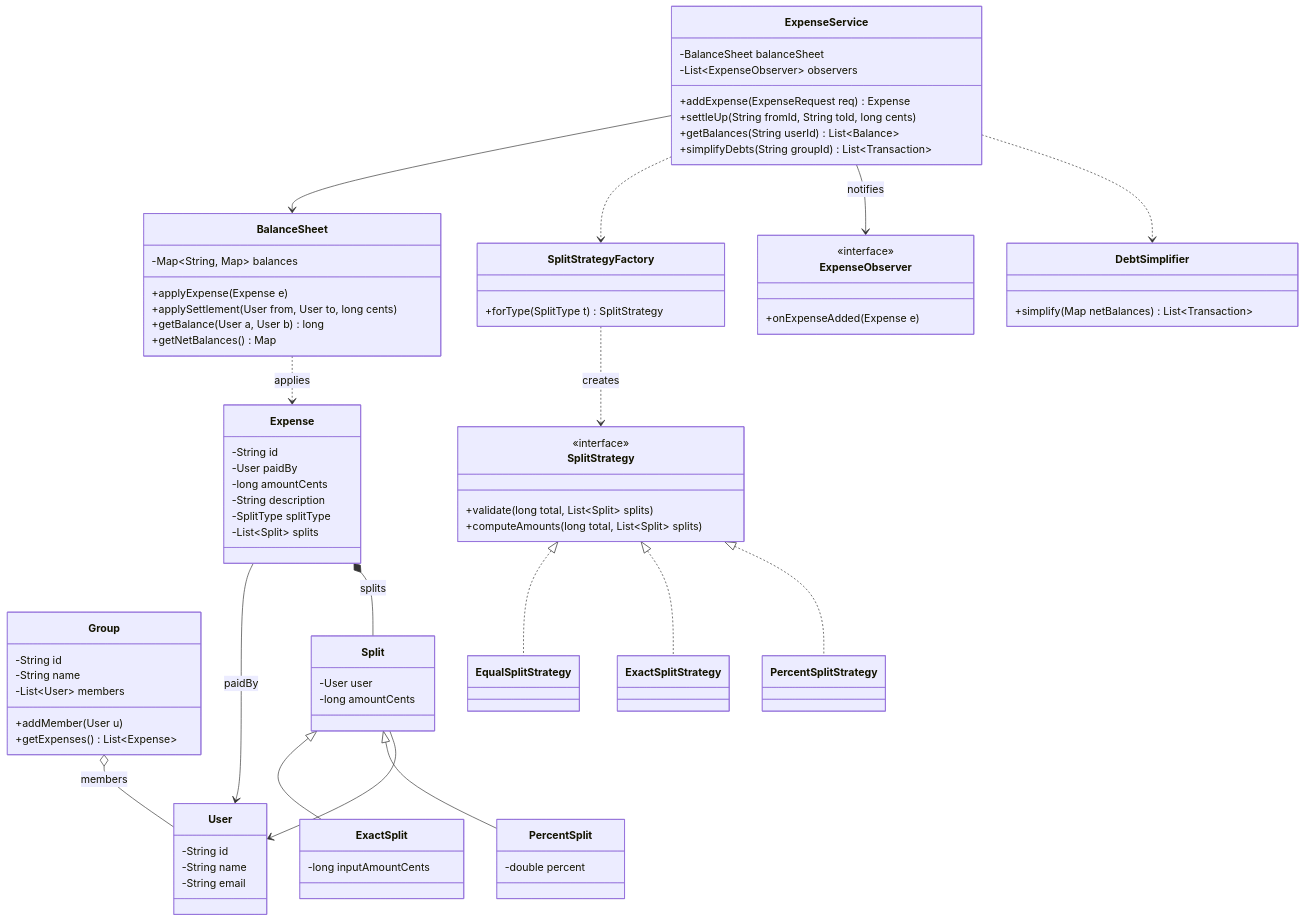
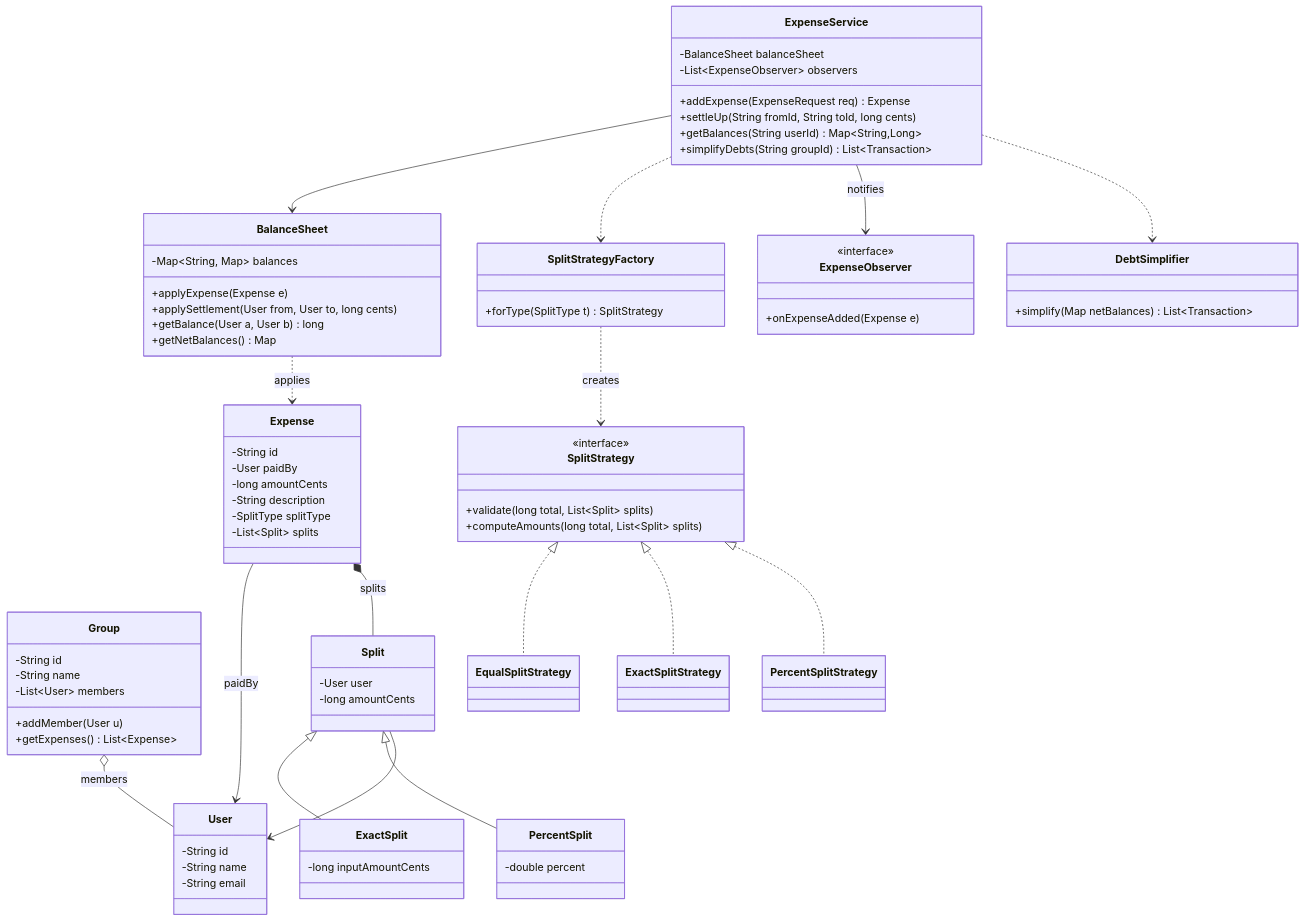
One commit to PaulSayantan/grokking-interview changed the diagram in topics/lld-and-ood/design-splitwise/concepts.md. Above: the diagram before and after it, drawn with Mermaid. The commit also changed other lines of this file and 122 other files, not shown here.

````diff
--- a/topics/lld-and-ood/design-splitwise/concepts.md
+++ b/topics/lld-and-ood/design-splitwise/concepts.md
@@ -78,82 +78,82 @@
 ```mermaid
 classDiagram
     class User {
         -String id
         -String name
         -String email
     }
     class Group {
         -String id
         -String name
         -List~User~ members
         +addMember(User u)
         +getExpenses() List~Expense~
     }
     class Expense {
         -String id
         -User paidBy
         -long amountCents
         -String description
         -SplitType splitType
         -List~Split~ splits
     }
     class Split {
         -User user
         -long amountCents
     }
     class ExactSplit {
         -long inputAmountCents
     }
     class PercentSplit {
         -double percent
     }
     class SplitStrategy {
         <<interface>>
         +validate(long total, List~Split~ splits)
         +computeAmounts(long total, List~Split~ splits)
     }
     class EqualSplitStrategy
     class ExactSplitStrategy
     class PercentSplitStrategy
     class SplitStrategyFactory {
         +forType(SplitType t) SplitStrategy
     }
     class BalanceSheet {
         -Map~String, Map~ balances
         +applyExpense(Expense e)
         +applySettlement(User from, User to, long cents)
         +getBalance(User a, User b) long
         +getNetBalances() Map
     }
     class ExpenseService {
         -BalanceSheet balanceSheet
         -List~ExpenseObserver~ observers
         +addExpense(ExpenseRequest req) Expense
         +settleUp(String fromId, String toId, long cents)
-        +getBalances(String userId) List~Balance~
+        +getBalances(String userId) Map~String,Long~
         +simplifyDebts(String groupId) List~Transaction~
     }
     class ExpenseObserver {
         <<interface>>
         +onExpenseAdded(Expense e)
     }
     class DebtSimplifier {
         +simplify(Map netBalances) List~Transaction~
     }
 
     Group o-- User : members
     Expense --> User : paidBy
     Expense *-- Split : splits
     Split <|-- ExactSplit
     Split <|-- PercentSplit
     Split --> User
     SplitStrategy <|.. EqualSplitStrategy
     SplitStrategy <|.. ExactSplitStrategy
     SplitStrategy <|.. PercentSplitStrategy
     SplitStrategyFactory ..> SplitStrategy : creates
     ExpenseService --> BalanceSheet
     ExpenseService ..> SplitStrategyFactory
     ExpenseService --> ExpenseObserver : notifies
     ExpenseService ..> DebtSimplifier
     BalanceSheet ..> Expense : applies
 ```
````
